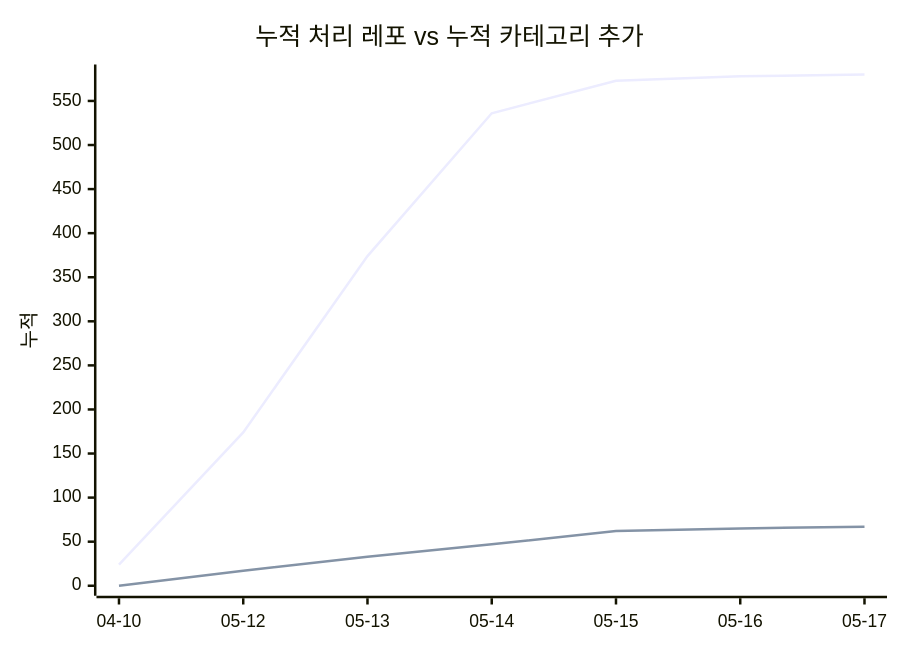
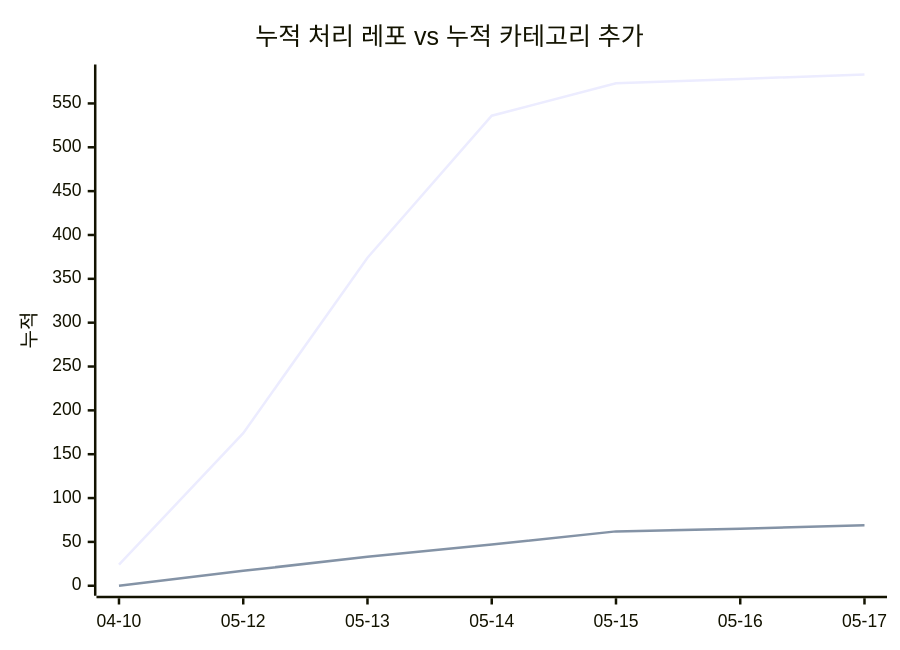
The second of 2 diagrams in docs/trends.md (J-nowcow/awesome-korean-agent-skills), drawn with Mermaid before and after one commit. The commit also changed other lines of this file and 4 other files, not shown here.

````diff
--- a/docs/trends.md
+++ b/docs/trends.md
@@ -61,8 +61,8 @@
 ```mermaid
 xychart-beta
     title "누적 처리 레포 vs 누적 카테고리 추가"
     x-axis ["04-10","05-12","05-13","05-14","05-15","05-16","05-17"]
     y-axis "누적"
-    line [24,174,374,536,573,578,580]
-    line [0,17,33,47,62,65,67]
+    line [24,174,374,536,573,578,583]
+    line [0,17,33,47,62,65,69]
 ```
````
